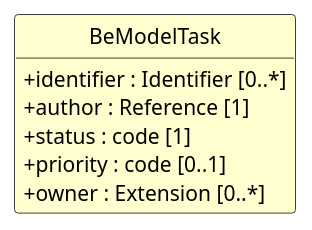
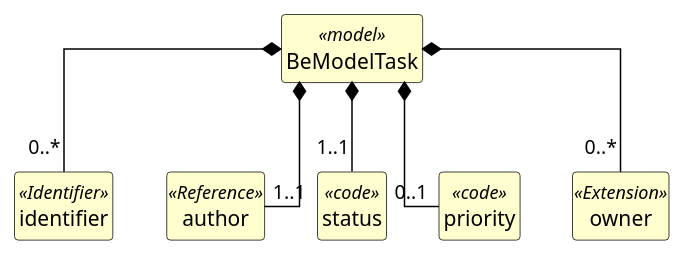
Before and after one commit to caresets/caresets-src: the diagram in exports/diagrams/BeModelTask-uml.puml, drawn with PlantUML. The commit also changed 149 other files, not shown here.

First line of the commit message:
diagrams: one box per element, which is the shape that was being asked for

```diff
--- a/exports/diagrams/BeModelTask-uml.puml
+++ b/exports/diagrams/BeModelTask-uml.puml
@@ -1,23 +1,38 @@
 @startuml
 skinparam shadowing false
 skinparam classAttributeIconSize 0
 skinparam linetype ortho
 skinparam class {
   BackgroundColor #FEFECE
   BorderColor #000000
   ArrowColor #000000
   FontStyle bold
   AttributeFontStyle normal
 }
 hide circle
 hide empty members
 
-class "BeModelTask" as BeModelTask {
-  +identifier : Identifier [0..*]
-  +author : Reference [1]
-  +status : code [1]
-  +priority : code [0..1]
-  +owner : Extension [0..*]
+class "BeModelTask" as BeModelTask <<model>> {
 }
 
+class "identifier" as BeModelTask_identifier <<Identifier>> {
+}
+
+class "author" as BeModelTask_author <<Reference>> {
+}
+
+class "status" as BeModelTask_status <<code>> {
+}
+
+class "priority" as BeModelTask_priority <<code>> {
+}
+
+class "owner" as BeModelTask_owner <<Extension>> {
+}
+
+BeModelTask *-- "0..*" BeModelTask_identifier
+BeModelTask *-- "1..1" BeModelTask_author
+BeModelTask *-- "1..1" BeModelTask_status
+BeModelTask *-- "0..1" BeModelTask_priority
+BeModelTask *-- "0..*" BeModelTask_owner
 @enduml
```
